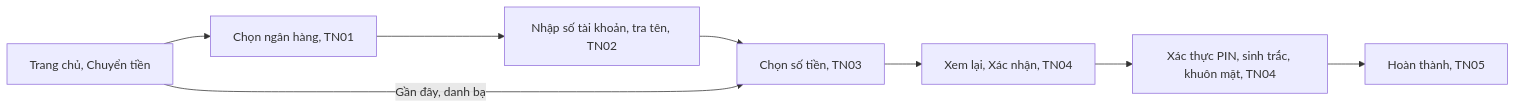
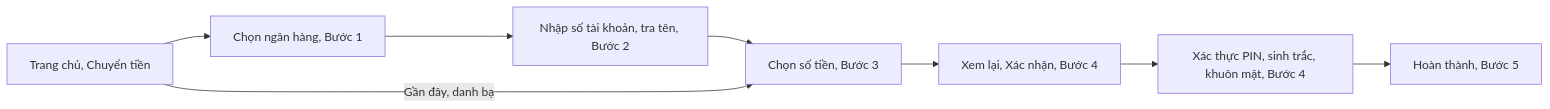
Before and after one commit to uxfoundation-vn/de07-chuyen-khoan-ngan-hang: the first of 3 diagrams in README.md, drawn with Mermaid. The commit also changed other lines of this file and 12 other files, not shown here.

First line of the commit message:
Gộp đề thành 1 tính năng: 1 luồng gồm các bước và màn hình

````diff
--- a/README.md
+++ b/README.md
@@ -21,10 +27,10 @@
 ```mermaid
 flowchart LR
-  A["Trang chủ, Chuyển tiền"] --> B["Chọn ngân hàng, TN01"]
-  B --> C["Nhập số tài khoản, tra tên, TN02"]
-  C --> D["Chọn số tiền, TN03"]
-  D --> E["Xem lại, Xác nhận, TN04"]
-  E --> F["Xác thực PIN, sinh trắc, khuôn mặt, TN04"]
-  F --> G["Hoàn thành, TN05"]
+  A["Trang chủ, Chuyển tiền"] --> B["Chọn ngân hàng, Bước 1"]
+  B --> C["Nhập số tài khoản, tra tên, Bước 2"]
+  C --> D["Chọn số tiền, Bước 3"]
+  D --> E["Xem lại, Xác nhận, Bước 4"]
+  E --> F["Xác thực PIN, sinh trắc, khuôn mặt, Bước 4"]
+  F --> G["Hoàn thành, Bước 5"]
   A -->|Gần đây, danh bạ| D
 ```
````
